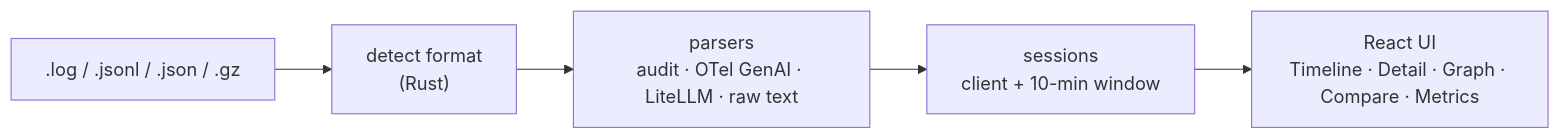
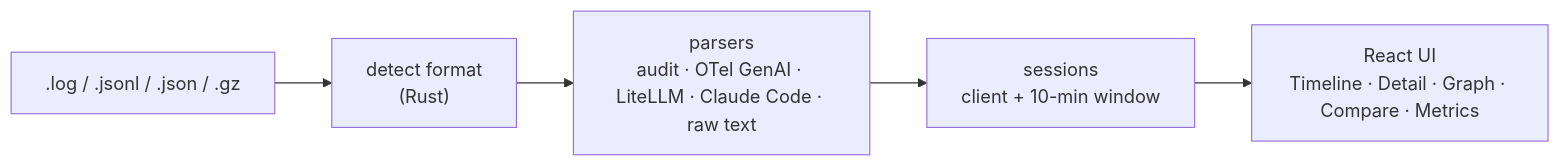
The diagram in README.md (aralde/ThreadlineLM), drawn with Mermaid before and after one commit. The commit also changed other lines of this file and 8 other files, not shown here.

````diff
--- a/README.md
+++ b/README.md
@@ -90,7 +91,7 @@
 ```mermaid
 graph LR
     A[".log / .jsonl / .json / .gz"] --> B["detect format<br/>(Rust)"]
-    B --> C["parsers<br/>audit · OTel GenAI · LiteLLM · raw text"]
+    B --> C["parsers<br/>audit · OTel GenAI · LiteLLM · Claude Code · raw text"]
     C --> D["sessions<br/>client + 10-min window"]
     D --> E["React UI<br/>Timeline · Detail · Graph · Compare · Metrics"]
 ```
````
